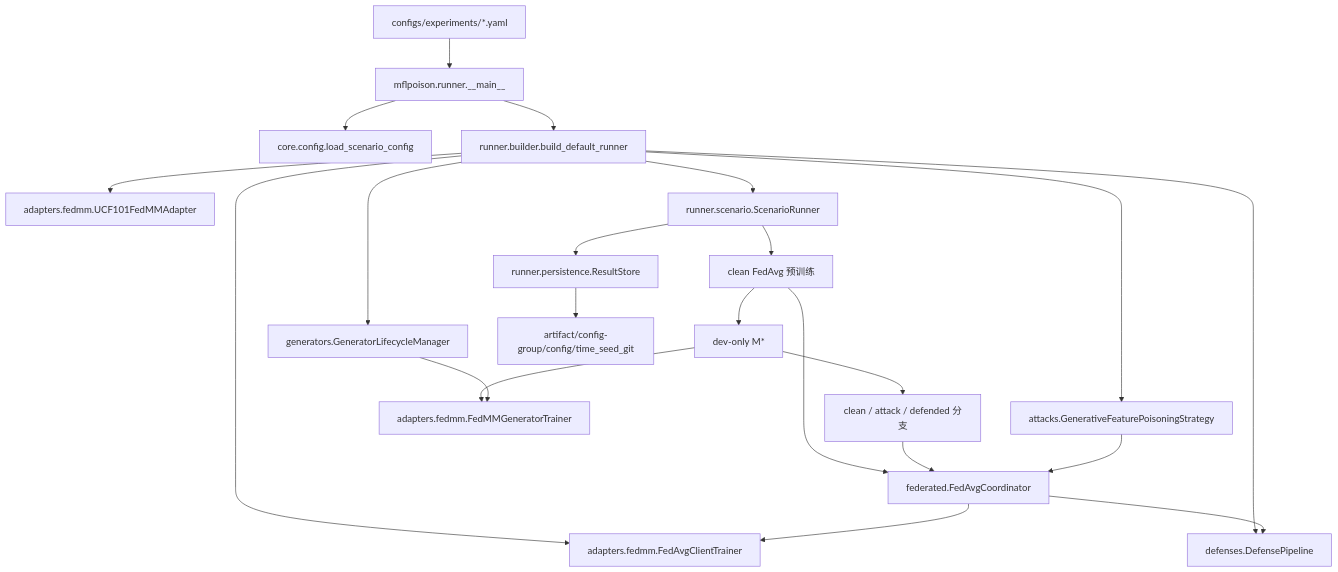
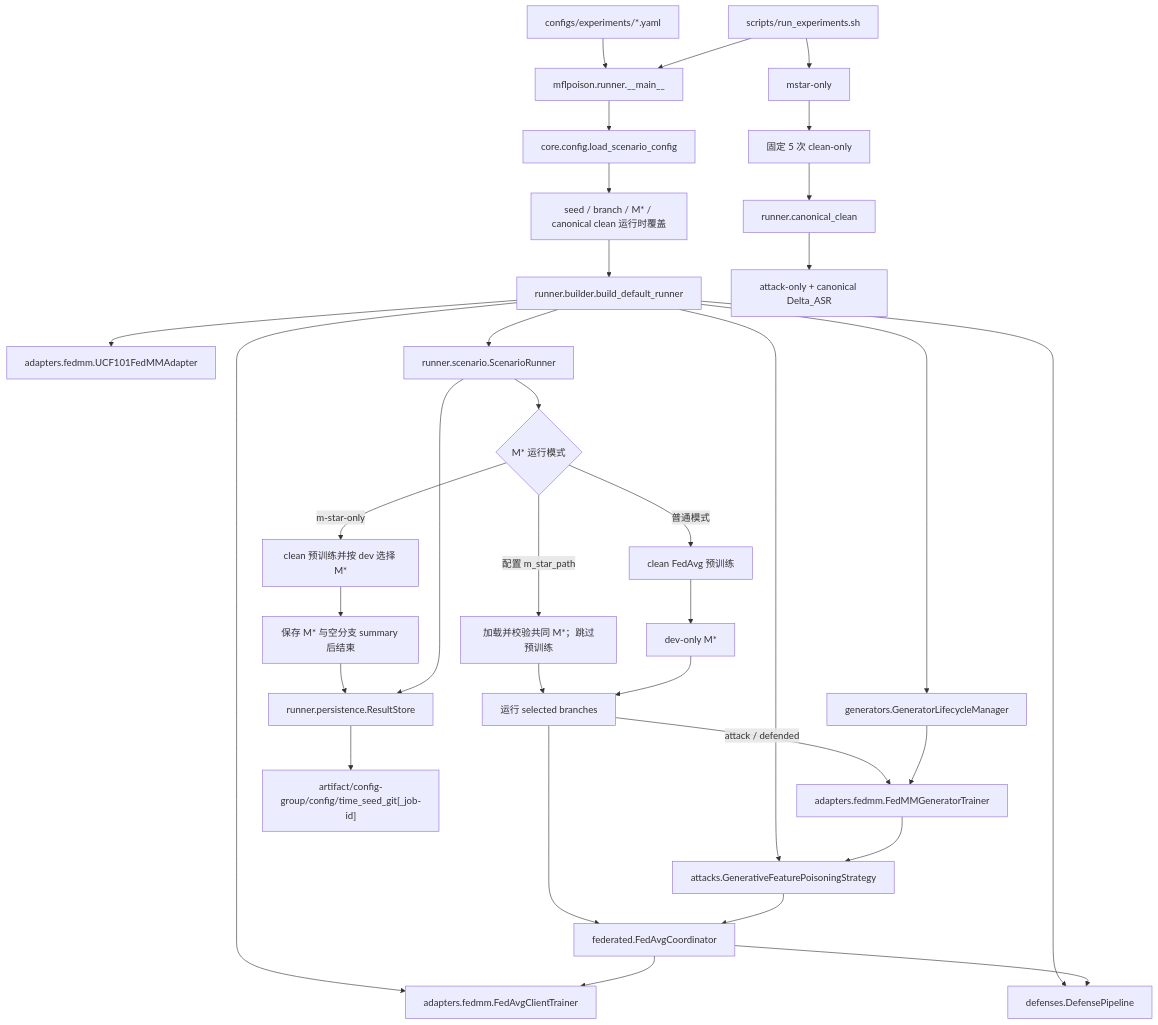
The first of 2 diagrams in docs/CURRENT_PIPELINE_STRUCTURE.md (softmountain/mflpoison), drawn with Mermaid before and after one commit. The commit also changed other lines of this file and 25 other files, not shown here.

Commit message:
feat: add canonical clean batch scheduling

````diff
--- a/docs/CURRENT_PIPELINE_STRUCTURE.md
+++ b/docs/CURRENT_PIPELINE_STRUCTURE.md
@@ -12,24 +12,36 @@
 ```mermaid
 flowchart TD
     Config["configs/experiments/*.yaml"] --> CLI["mflpoison.runner.__main__"]
     CLI --> Load["core.config.load_scenario_config"]
-    CLI --> Builder["runner.builder.build_default_runner"]
+    Load --> Overrides["seed / branch / M* / canonical clean 运行时覆盖"]
+    Overrides --> Builder["runner.builder.build_default_runner"]
     Builder --> Adapter["adapters.fedmm.UCF101FedMMAdapter"]
     Builder --> ClientTrainer["adapters.fedmm.FedAvgClientTrainer"]
     Builder --> Lifecycle["generators.GeneratorLifecycleManager"]
     Builder --> Attack["attacks.GenerativeFeaturePoisoningStrategy"]
     Builder --> Defense["defenses.DefensePipeline"]
     Builder --> Scenario["runner.scenario.ScenarioRunner"]
-    Scenario --> Pretrain["clean FedAvg 预训练"]
-    Pretrain --> Coordinator["federated.FedAvgCoordinator"]
+    Scenario --> MStarMode{"M* 运行模式"}
+    MStarMode -->|"m-star-only"| MStarOnlyTrain["clean 预训练并按 dev 选择 M*"]
+    MStarOnlyTrain --> MStarOnlyEnd["保存 M* 与空分支 summary 后结束"]
+    MStarMode -->|"配置 m_star_path"| ReuseMStar["加载并校验共同 M*；跳过预训练"]
+    MStarMode -->|"普通模式"| Pretrain["clean FedAvg 预训练"]
+    Pretrain --> MStar["dev-only M*"]
+    ReuseMStar --> SelectedBranches["运行 selected branches"]
+    MStar --> SelectedBranches
+    SelectedBranches --> Coordinator["federated.FedAvgCoordinator"]
     Coordinator --> ClientTrainer
-    Pretrain --> MStar["dev-only M*"]
-    MStar --> Generator["adapters.fedmm.FedMMGeneratorTrainer"]
+    SelectedBranches -->|"attack / defended"| Generator["adapters.fedmm.FedMMGeneratorTrainer"]
     Lifecycle --> Generator
-    MStar --> Branches["clean / attack / defended 分支"]
-    Branches --> Coordinator
+    Generator --> Attack
     Attack --> Coordinator
     Coordinator --> Defense
+    MStarOnlyEnd --> Store["runner.persistence.ResultStore"]
     Scenario --> Store["runner.persistence.ResultStore"]
-    Store --> Artifact["artifact/config-group/config/time_seed_git"]
+    Store --> Artifact["artifact/config-group/config/time_seed_git[_job-id]"]
+    Scheduler["scripts/run_experiments.sh"] --> CLI
+    Scheduler --> MStarOnly["mstar-only"]
+    MStarOnly --> CleanFive["固定 5 次 clean-only"]
+    CleanFive --> Canonical["runner.canonical_clean"]
+    Canonical --> AttackOnly["attack-only + canonical Delta_ASR"]
 ```
````
